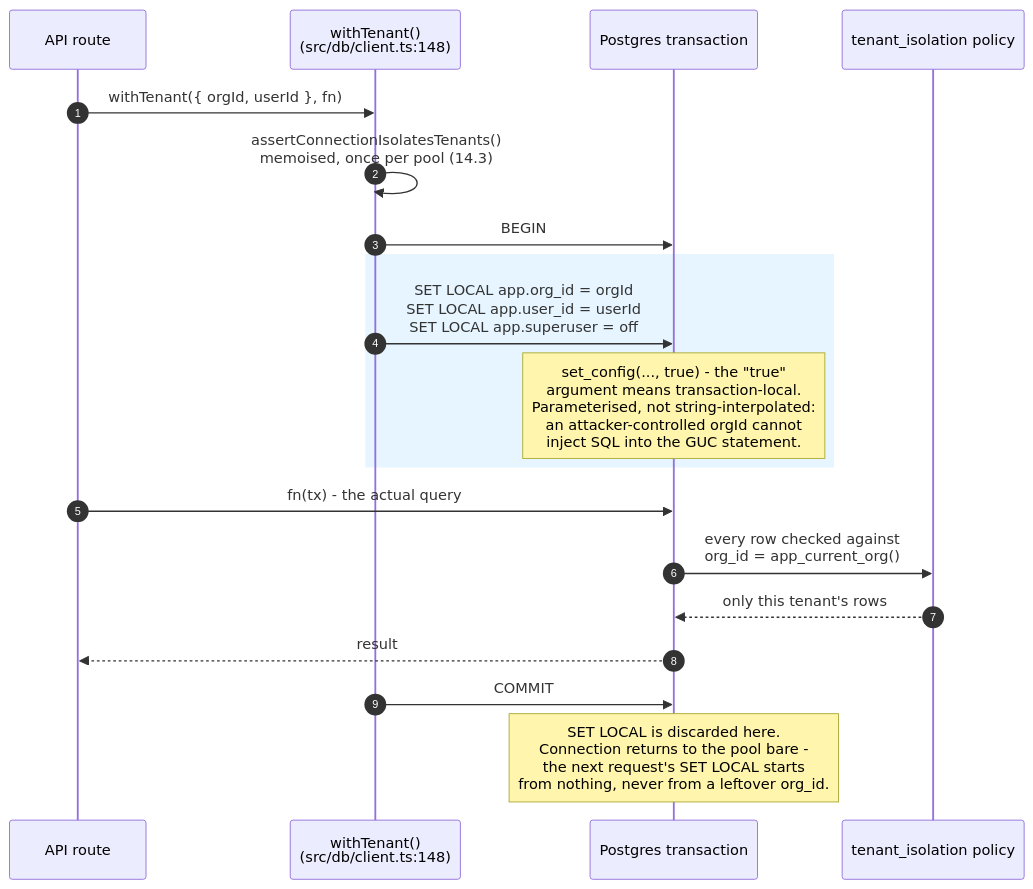
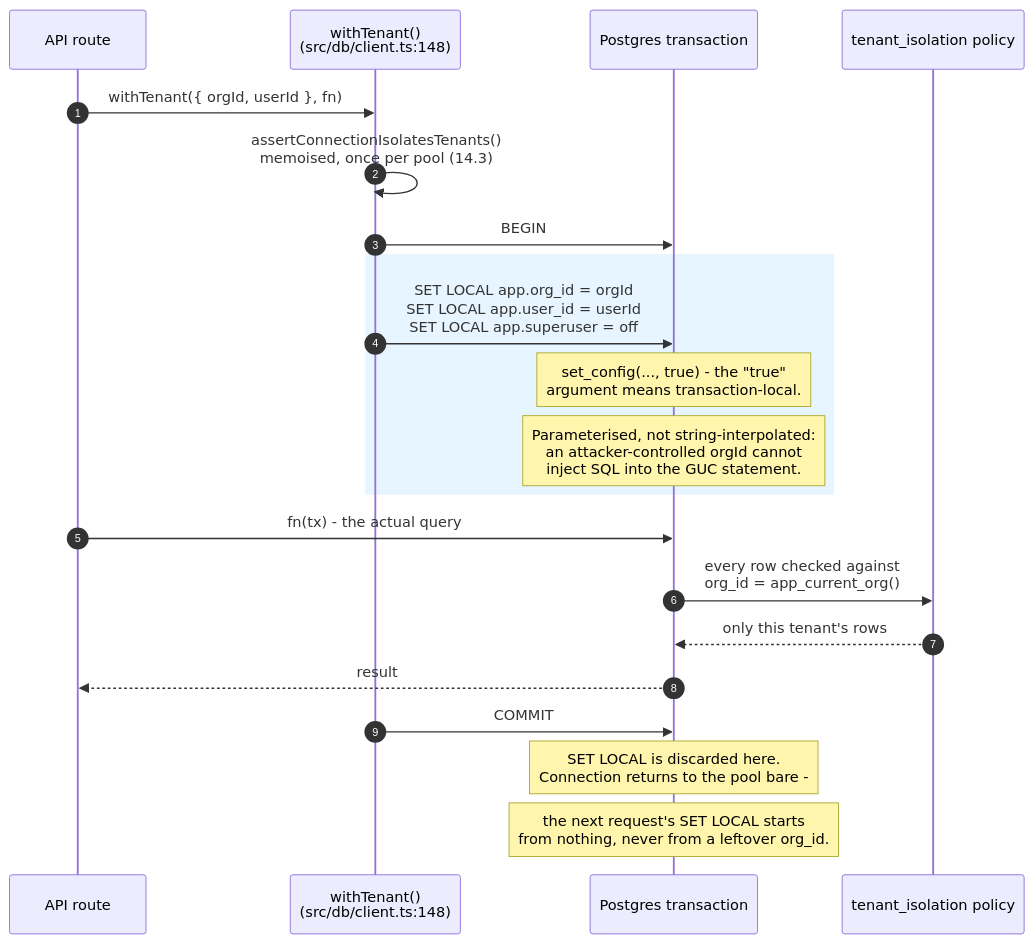
One commit to Hemakotibonthada/HRMS.circuvent changed diagram 37 of 49 in Architecture_Docs/06_ARCHITECTURE_DIAGRAMS.md. Above: the diagram before and after it, drawn with Mermaid. The commit also changed other lines of this file and 21 other files, not shown here.

````diff
--- a/Architecture_Docs/06_ARCHITECTURE_DIAGRAMS.md
+++ b/Architecture_Docs/06_ARCHITECTURE_DIAGRAMS.md
@@ -3229,22 +3230,24 @@
 ```mermaid
 sequenceDiagram
     autonumber
     participant Route as API route
     participant WT as withTenant()<br/>(src/db/client.ts:148)
     participant Tx as Postgres transaction
     participant RLS as tenant_isolation policy
 
     Route->>WT: withTenant({ orgId, userId }, fn)
     WT->>WT: assertConnectionIsolatesTenants()<br/>memoised, once per pool (14.3)
     WT->>Tx: BEGIN
     rect rgb(230, 245, 255)
     WT->>Tx: SET LOCAL app.org_id = orgId<br/>SET LOCAL app.user_id = userId<br/>SET LOCAL app.superuser = off
-    Note over Tx: set_config(..., true) - the "true"<br/>argument means transaction-local.<br/>Parameterised, not string-interpolated:<br/>an attacker-controlled orgId cannot<br/>inject SQL into the GUC statement.
+    Note over Tx: set_config(..., true) - the "true"<br/>argument means transaction-local.
+    Note over Tx: Parameterised, not string-interpolated:<br/>an attacker-controlled orgId cannot<br/>inject SQL into the GUC statement.
     end
     Route->>Tx: fn(tx) - the actual query
     Tx->>RLS: every row checked against<br/>org_id = app_current_org()
     RLS-->>Tx: only this tenant's rows
     Tx-->>Route: result
     WT->>Tx: COMMIT
-    Note over Tx: SET LOCAL is discarded here.<br/>Connection returns to the pool bare -<br/>the next request's SET LOCAL starts<br/>from nothing, never from a leftover org_id.
+    Note over Tx: SET LOCAL is discarded here.<br/>Connection returns to the pool bare -
+    Note over Tx: the next request's SET LOCAL starts<br/>from nothing, never from a leftover org_id.
 ```
````
